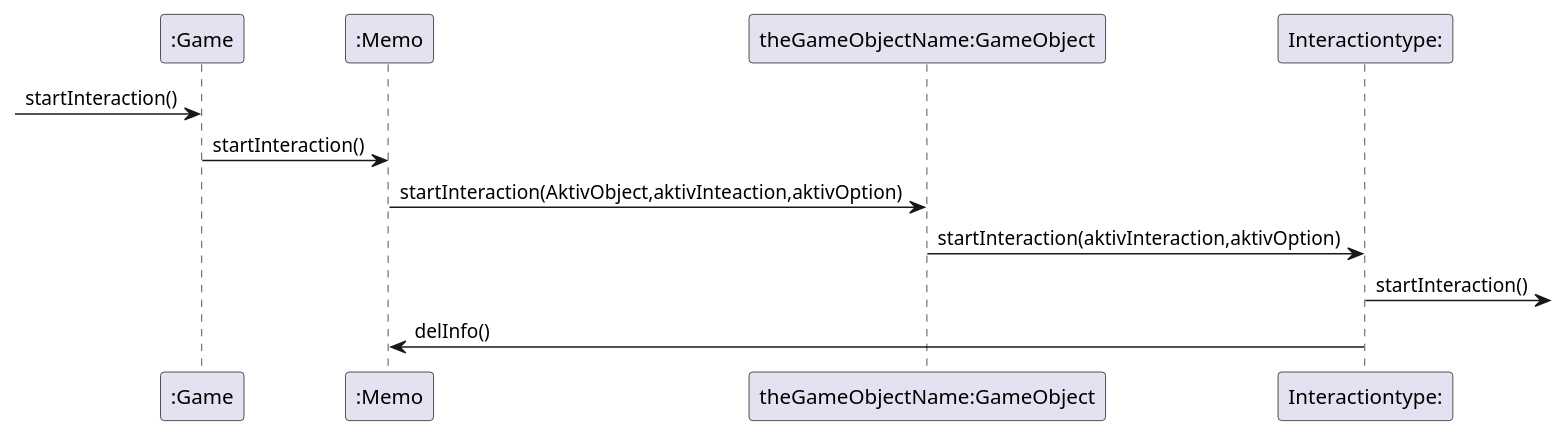
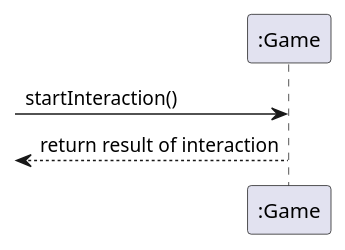
The diagram in startInteraction().plantuml (EdvinKristiansson/PA1459), drawn with PlantUML before and after one commit. The commit also changed 5 other files, not shown here.

```diff
--- a/startInteraction().plantuml
+++ b/startInteraction().plantuml
@@ -1,14 +1,8 @@
 participant ":Game" as gm
-participant ":Memo" as me
-participant "theGameObjectName:GameObject" as go
-participant "Interactiontype:" as in
 
 
 
--> gm : startInteraction()
-gm -> me : startInteraction()
-me -> go : startInteraction(AktivObject,aktivInteaction,aktivOption)
-go -> in : startInteraction(aktivInteraction,aktivOption)
-in -> : startInteraction()
-in -> me : delInfo()
+
+-> gm : startInteraction() 
+<-- gm : return result of interaction
 @enduml
```
